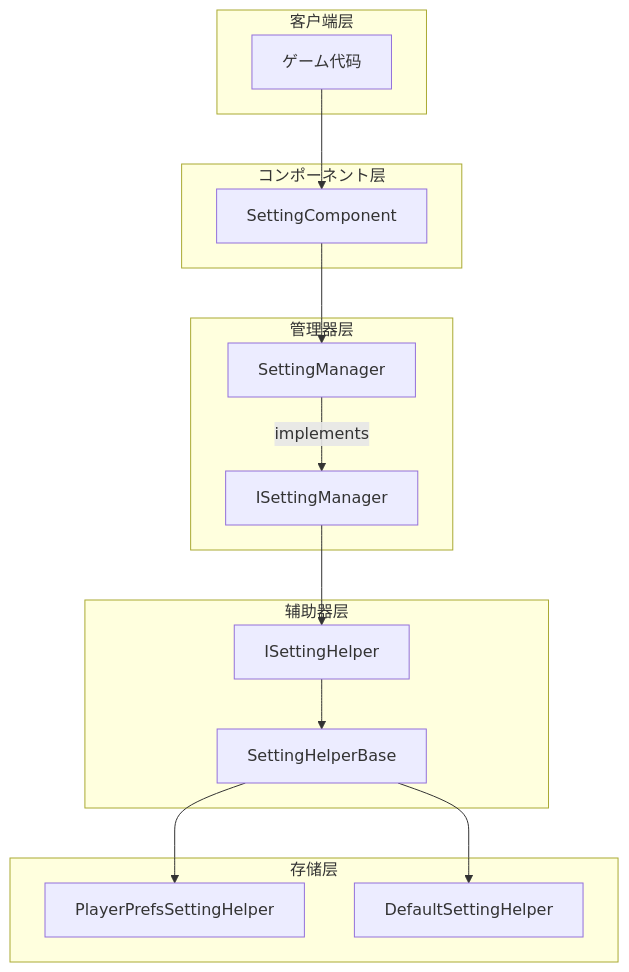
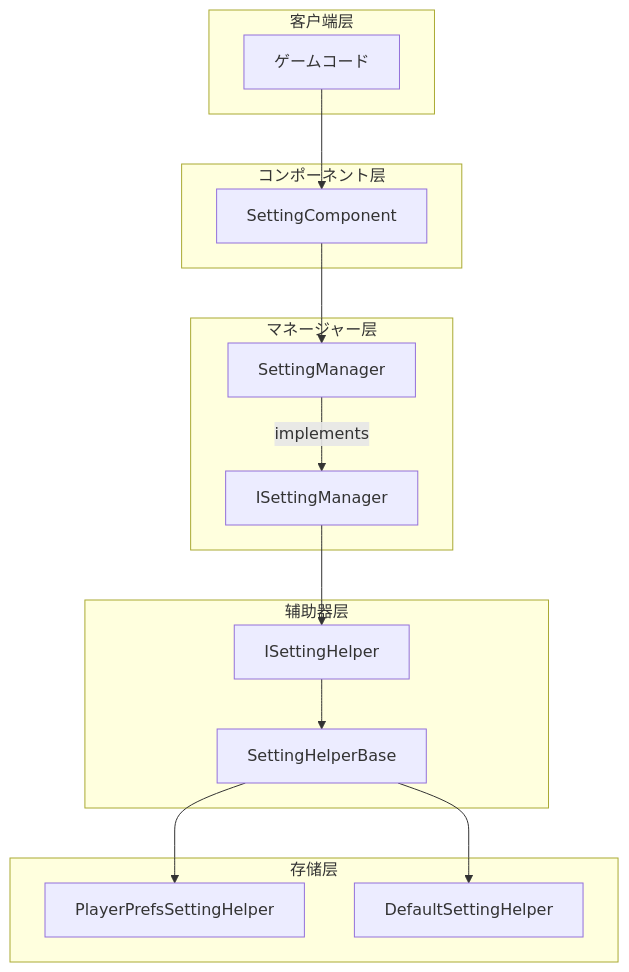
The first of 2 diagrams in docs/ja/client/unity/component/setting/04.features.md (AlianBlank/GameFrameX.Docs), drawn with Mermaid before and after one commit. The commit also changed other lines of this file and 320 other files, not shown here.

````diff
--- a/docs/ja/client/unity/component/setting/04.features.md
+++ b/docs/ja/client/unity/component/setting/04.features.md
@@ -15,33 +15,33 @@
 ```mermaid
 graph TD
     subgraph Client["客户端层"]
-        GameCode["ゲーム代码"]
+        GameCode["ゲームコード"]
     end
 
     subgraph Component["コンポーネント层"]
         SC[SettingComponent]
     end
 
-    subgraph Manager["管理器层"]
+    subgraph Manager["マネージャー层"]
         SM[SettingManager]
         ISM[ISettingManager]
     end
 
     subgraph Helper["辅助器层"]
         ISH[ISettingHelper]
         SHB[SettingHelperBase]
     end
 
     subgraph Storage["存储层"]
         PPSH[PlayerPrefsSettingHelper]
         DSH[DefaultSettingHelper]
     end
 
     GameCode --> SC
     SC --> SM
     SM -->|implements| ISM
     ISM --> ISH
     ISH --> SHB
     SHB --> PPSH
     SHB --> DSH
 ```
````
